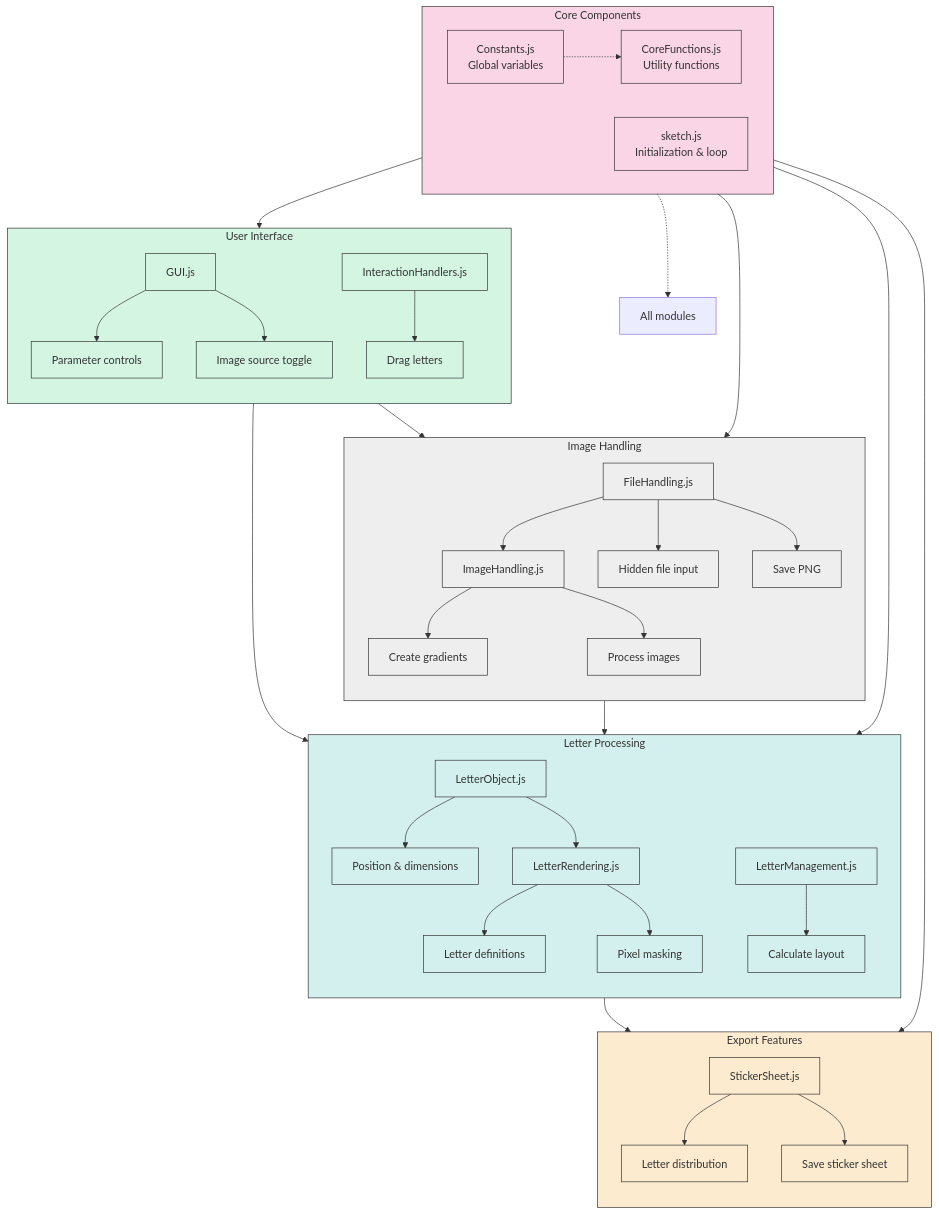
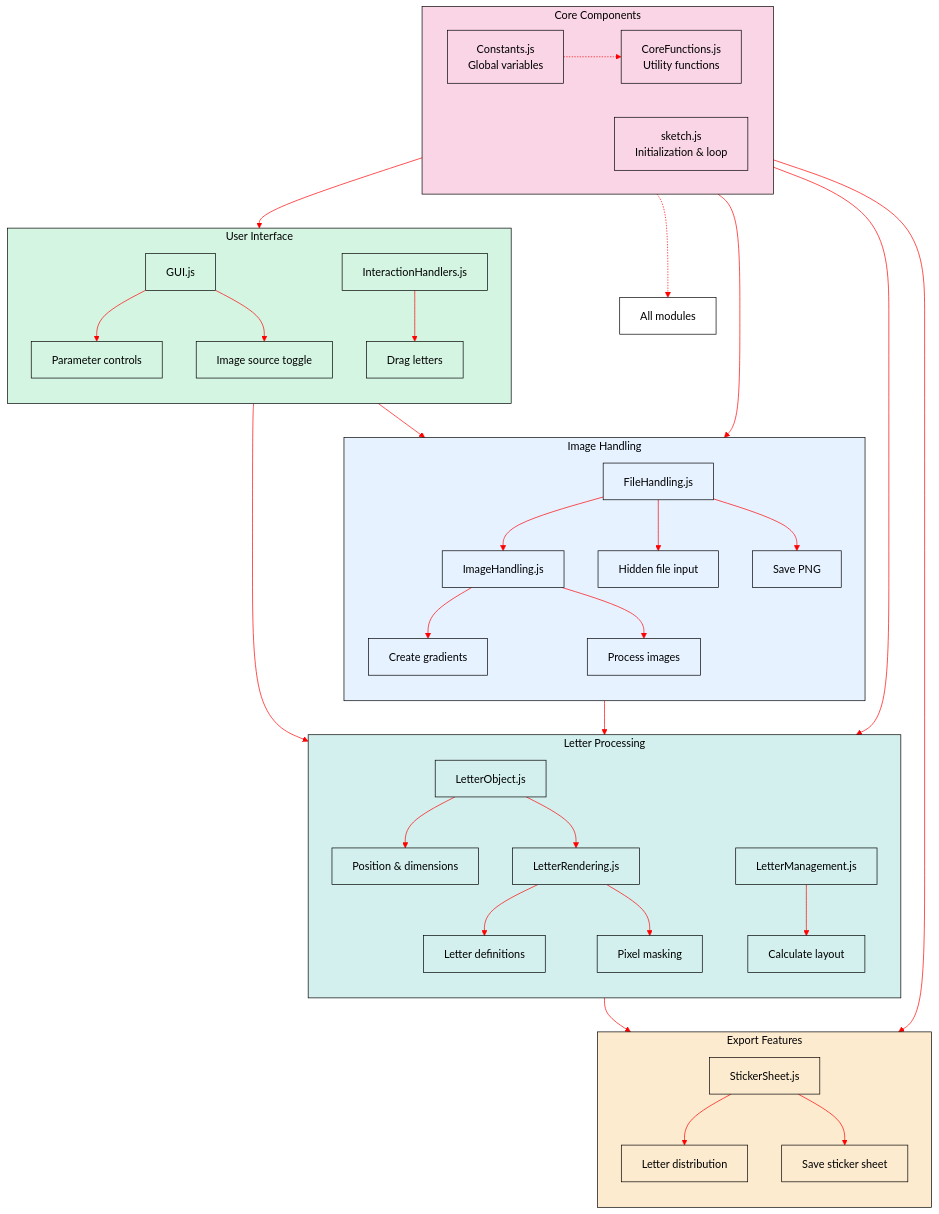
The second of 2 diagrams in README.md (anyaepie/typo-cut), drawn with Mermaid before and after one commit. The commit also changed other lines of this file, not shown here.

````diff
--- a/README.md
+++ b/README.md
@@ -67,68 +68,70 @@
 ```mermaid
+%%{init: {'theme': 'base', 'themeVariables': { 'primaryColor': '#ffffff', 'primaryTextColor': '#000000', 'primaryBorderColor': '#000000', 'lineColor': '#ff0000', 'secondaryColor': '#ffffff', 'tertiaryColor': '#ffffff' }}}%%
 graph TB
     %% Core Components
     subgraph Core[Core Components]
         direction LR
         Constants[Constants.js\nGlobal variables] -.-> CoreFunctions[CoreFunctions.js\nUtility functions]
         Sketch[sketch.js\nInitialization & loop]
     end
     
     %% Image Processing
     subgraph Image[Image Handling]
         direction TB
         ImgHandling[ImageHandling.js] --> Gradients[Create gradients]
         ImgHandling --> ProcessUploads[Process images]
         FileHandling[FileHandling.js] --> FileInput[Hidden file input]
         FileHandling --> SaveOutput[Save PNG]
     end
     
     %% Letter Processing 
     subgraph Letter[Letter Processing]
         direction TB
         LetterObj[LetterObject.js] --> Properties[Position & dimensions]
         LetterRender[LetterRendering.js] --> LetterDef[Letter definitions]
         LetterRender --> Masking[Pixel masking]
         LetterManage[LetterManagement.js] --> Layout[Calculate layout]
     end
     
     %% User Interaction
     subgraph UI[User Interface]
         direction TB
         GUISetup[GUI.js] --> Controls[Parameter controls]
         GUISetup --> SourceType[Image source toggle]
         Interaction[InteractionHandlers.js] --> Mouse[Drag letters]
     end
     
     %% Export Features
     subgraph Export[Export Features]
         direction TB
         Sticker[StickerSheet.js] --> Distribution[Letter distribution]
         Sticker --> SaveSheet[Save sticker sheet]
     end
     
     %% Connections between components
     Constants -.-> All[All modules]
     Core --> Image
     Core --> Letter
     Core --> UI
     Core --> Export
     GUISetup --> ImgHandling
     Interaction --> LetterManage
     LetterObj --> LetterRender
     ImgHandling --> LetterManage
     FileHandling --> ImgHandling
     LetterManage --> Sticker
 
-    classDef core fill:#f9d5e5,stroke:#333,stroke-width:1px;
-    classDef image fill:#eeeeee,stroke:#333,stroke-width:1px;
-    classDef letter fill:#d3f0ee,stroke:#333,stroke-width:1px;
-    classDef ui fill:#d5f5e3,stroke:#333,stroke-width:1px;
-    classDef export fill:#fdebd0,stroke:#333,stroke-width:1px;
+    classDef core fill:#f9d5e5,stroke:#000000,stroke-width:1px,color:#000000;
+    classDef image fill:#e6f2ff,stroke:#000000,stroke-width:1px,color:#000000;
+    classDef letter fill:#d3f0ee,stroke:#000000,stroke-width:1px,color:#000000;
+    classDef ui fill:#d5f5e3,stroke:#000000,stroke-width:1px,color:#000000;
+    classDef export fill:#fdebd0,stroke:#000000,stroke-width:1px,color:#000000;
+    classDef default fill:#ffffff,stroke:#000000,stroke-width:1px,color:#000000;
 
     class Constants,CoreFunctions,Sketch,Core core;
     class ImgHandling,FileHandling,Gradients,ProcessUploads,FileInput,SaveOutput,Image image;
     class LetterObj,LetterRender,LetterManage,Properties,LetterDef,Masking,Layout,Letter letter;
     class GUISetup,Interaction,Controls,SourceType,Mouse,UI ui;
     class Sticker,Distribution,SaveSheet,Export export;
 
 ```
````
